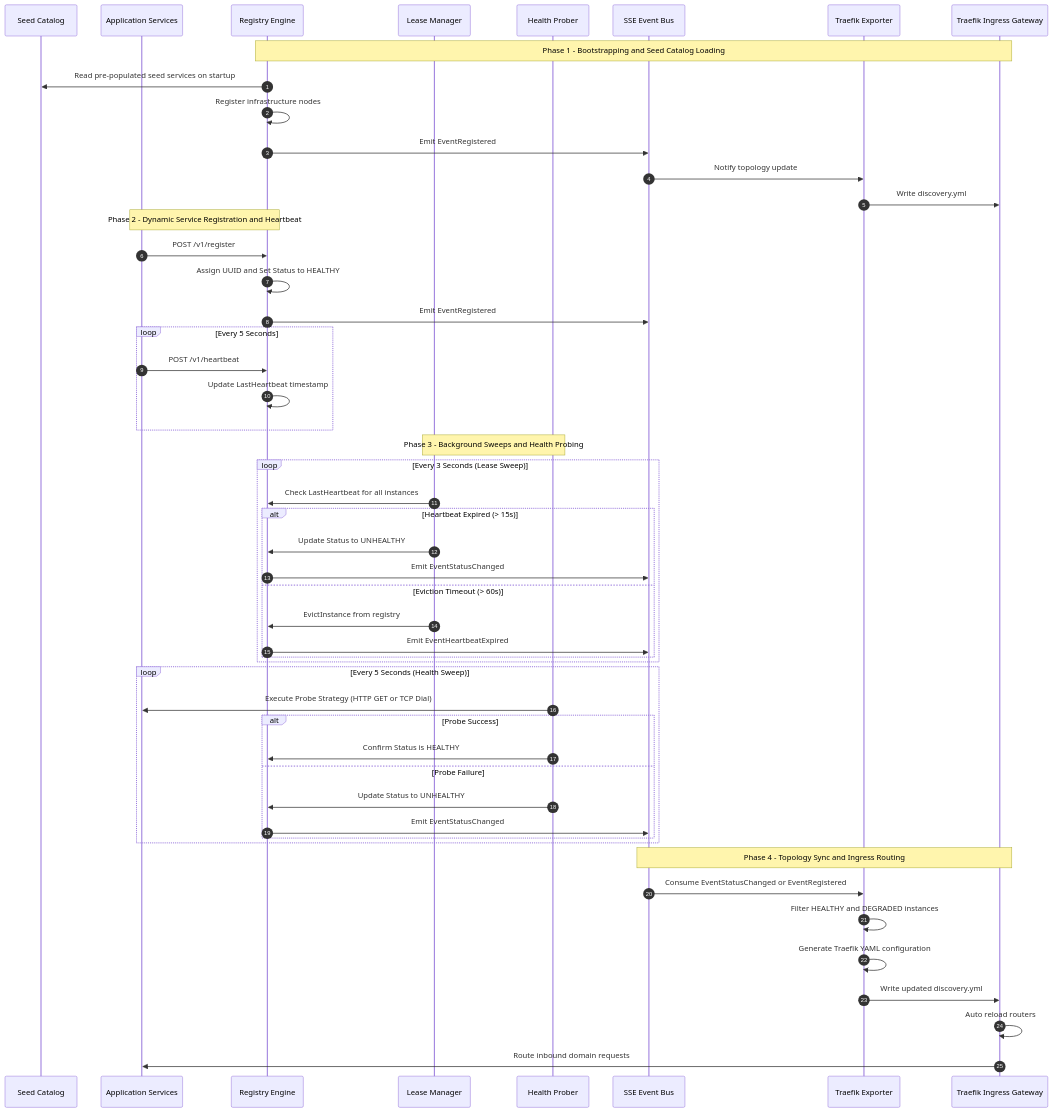
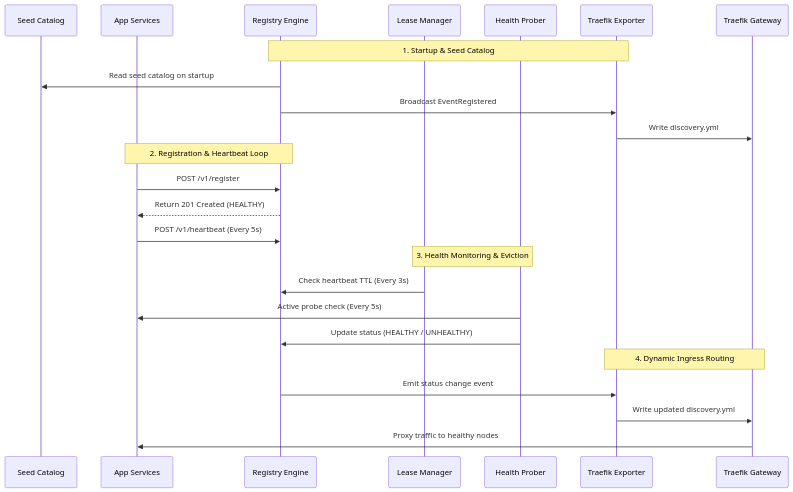
Before and after one commit to Chief-Strategist-J/llm-observability-platform: the second of 6 diagrams in packages/configs/llm-obs-infra/docs/architectureDoc/adr-0009-service-registry-and-discovery.md, drawn with Mermaid. The commit also changed other lines of this file, not shown here.

Commit message:
fix(docs): universal rendering fix for all 6 Mermaid diagrams in ADR-0009

````diff
--- a/packages/configs/llm-obs-infra/docs/architectureDoc/adr-0009-service-registry-and-discovery.md
+++ b/packages/configs/llm-obs-infra/docs/architectureDoc/adr-0009-service-registry-and-discovery.md
@@ -121,58 +109,30 @@
 ```mermaid
 sequenceDiagram
-    autonumber
     participant Catalog as Seed Catalog
-    participant App as Application Services
+    participant App as App Services
     participant Reg as Registry Engine
     participant Lease as Lease Manager
     participant Probe as Health Prober
-    participant SSE as SSE Event Bus
-    participant TraefikExp as Traefik Exporter
-    participant Traefik as Traefik Ingress Gateway
+    participant Exporter as Traefik Exporter
+    participant Traefik as Traefik Gateway
 
-    note over Reg, Traefik: Phase 1 - Bootstrapping and Seed Catalog Loading
-    Reg->>Catalog: Read pre-populated seed services on startup
-    Reg->>Reg: Register infrastructure nodes
-    Reg->>SSE: Emit EventRegistered
-    SSE->>TraefikExp: Notify topology update
-    TraefikExp->>Traefik: Write discovery.yml
+    Note over Reg, Exporter: 1. Startup & Seed Catalog
+    Reg->>Catalog: Read seed catalog on startup
+    Reg->>Exporter: Broadcast EventRegistered
+    Exporter->>Traefik: Write discovery.yml
 
-    note over App, Reg: Phase 2 - Dynamic Service Registration and Heartbeat
+    Note over App, Reg: 2. Registration & Heartbeat Loop
     App->>Reg: POST /v1/register
-    Reg->>Reg: Assign UUID and Set Status to HEALTHY
-    Reg->>SSE: Emit EventRegistered
-    loop Every 5 Seconds
-        App->>Reg: POST /v1/heartbeat
-        Reg->>Reg: Update LastHeartbeat timestamp
-    end
+    Reg-->>App: Return 201 Created (HEALTHY)
+    App->>Reg: POST /v1/heartbeat (Every 5s)
 
-    note over Lease, Probe: Phase 3 - Background Sweeps and Health Probing
-    loop Every 3 Seconds (Lease Sweep)
-        Lease->>Reg: Check LastHeartbeat for all instances
-        alt Heartbeat Expired (> 15s)
-            Lease->>Reg: Update Status to UNHEALTHY
-            Reg->>SSE: Emit EventStatusChanged
-        else Eviction Timeout (> 60s)
-            Lease->>Reg: EvictInstance from registry
-            Reg->>SSE: Emit EventHeartbeatExpired
-        end
-    end
+    Note over Lease, Probe: 3. Health Monitoring & Eviction
+    Lease->>Reg: Check heartbeat TTL (Every 3s)
+    Probe->>App: Active probe check (Every 5s)
+    Probe->>Reg: Update status (HEALTHY / UNHEALTHY)
 
-    loop Every 5 Seconds (Health Sweep)
-        Probe->>App: Execute Probe Strategy (HTTP GET or TCP Dial)
-        alt Probe Success
-            Probe->>Reg: Confirm Status is HEALTHY
-        else Probe Failure
-            Probe->>Reg: Update Status to UNHEALTHY
-            Reg->>SSE: Emit EventStatusChanged
-        end
-    end
-
-    note over SSE, Traefik: Phase 4 - Topology Sync and Ingress Routing
-    SSE->>TraefikExp: Consume EventStatusChanged or EventRegistered
-    TraefikExp->>TraefikExp: Filter HEALTHY and DEGRADED instances
-    TraefikExp->>TraefikExp: Generate Traefik YAML configuration
-    TraefikExp->>Traefik: Write updated discovery.yml
-    Traefik->>Traefik: Auto reload routers
-    Traefik->>App: Route inbound domain requests
+    Note over Exporter, Traefik: 4. Dynamic Ingress Routing
+    Reg->>Exporter: Emit status change event
+    Exporter->>Traefik: Write updated discovery.yml
+    Traefik->>App: Proxy traffic to healthy nodes
 ```
````
